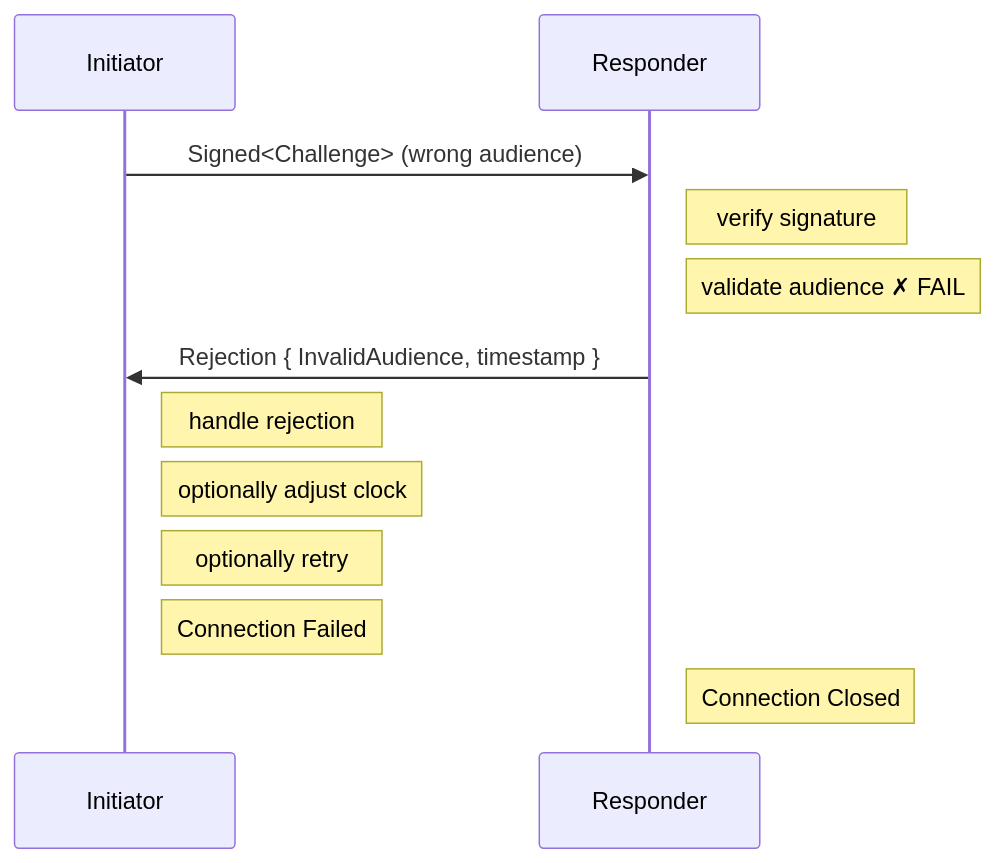
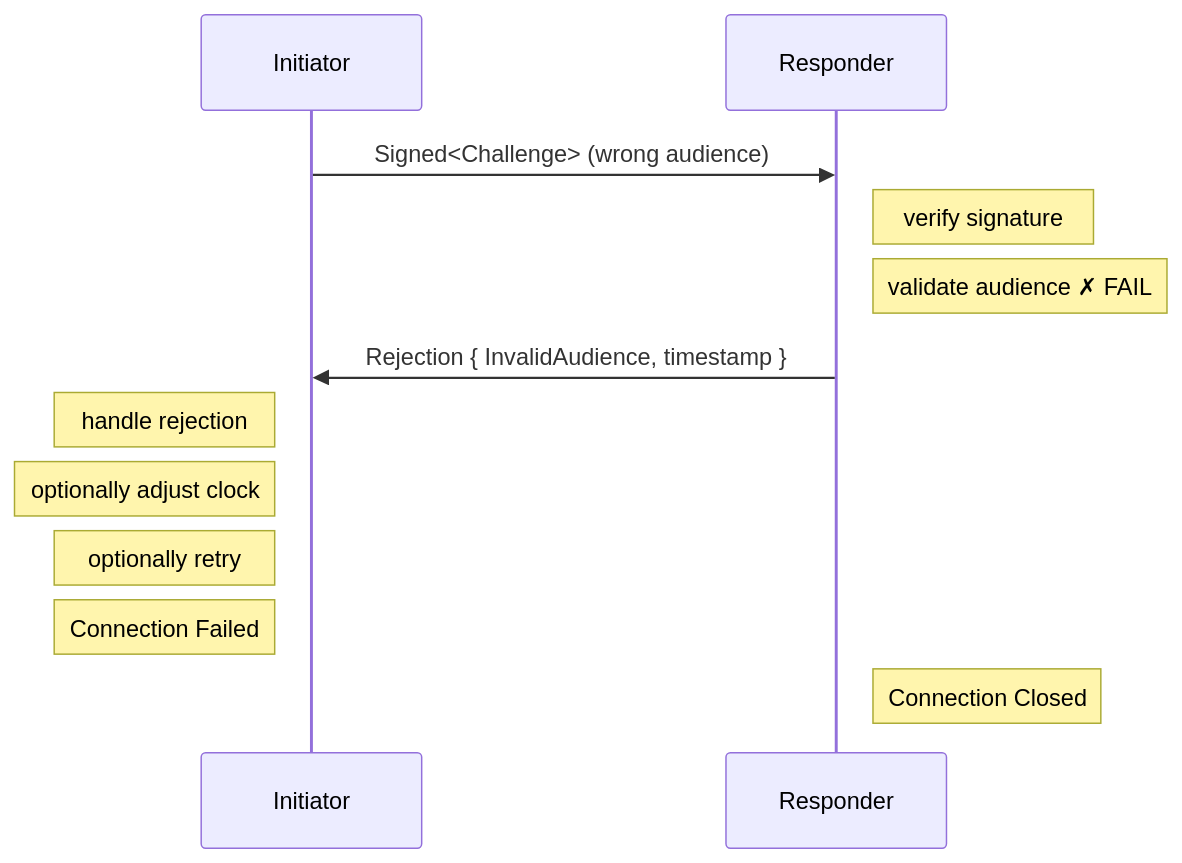
The fourth of 4 diagrams in design/handshake.md (inkandswitch/subduction), drawn with Mermaid before and after one commit. The commit also changed other lines of this file, not shown here.

Commit message:
improive diagrams

````diff
--- a/design/handshake.md
+++ b/design/handshake.md
@@ -215,19 +215,19 @@
 ```mermaid
 sequenceDiagram
     participant I as Initiator
     participant R as Responder
 
     I->>R: Signed<Challenge> (wrong audience)
 
     Note right of R: verify signature
     Note right of R: validate audience ✗ FAIL
 
     R->>I: Rejection { InvalidAudience, timestamp }
 
-    Note right of I: handle rejection
-    Note right of I: optionally adjust clock
-    Note right of I: optionally retry
+    Note left of I: handle rejection
+    Note left of I: optionally adjust clock
+    Note left of I: optionally retry
 
-    Note right of I: Connection Failed
+    Note left of I: Connection Failed
     Note right of R: Connection Closed
 ```
````
